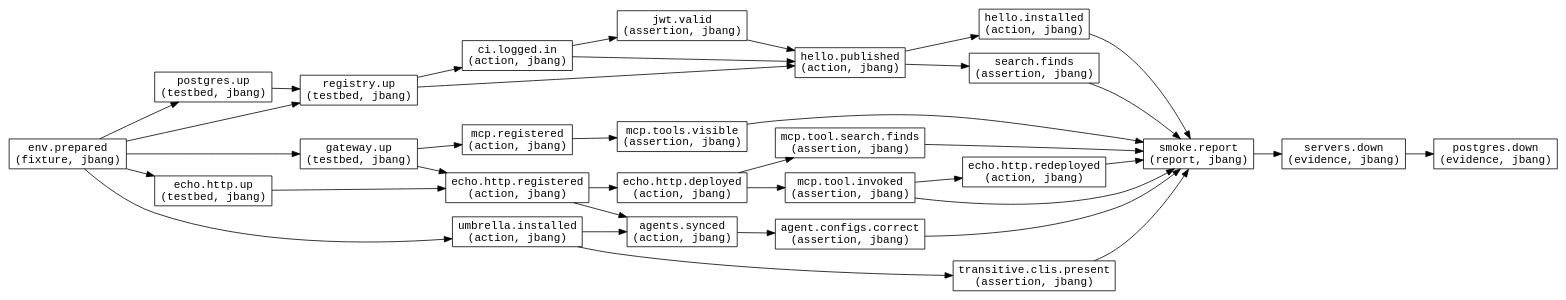
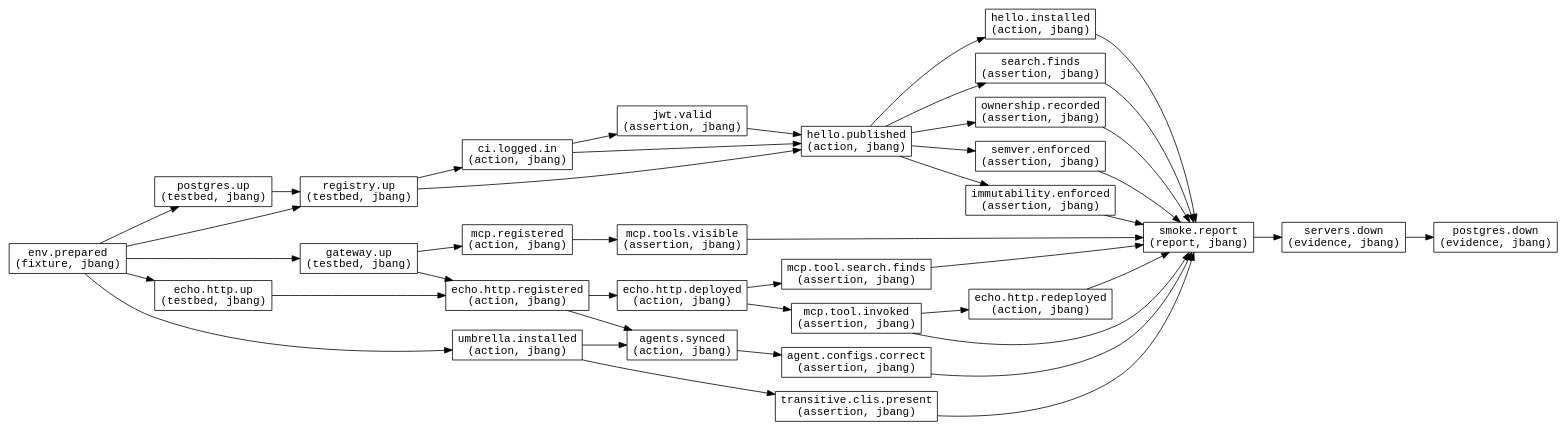
One commit to haydenrear/skill-manager changed the diagram in test_graph/docs/smoke.dot. Above: the diagram before and after it, drawn with Graphviz. The commit also changed 16 other files, not shown here.

First line of the commit message:
publish: enforce semver, immutability, and name ownership

```diff
--- a/test_graph/docs/smoke.dot
+++ b/test_graph/docs/smoke.dot
@@ -1,63 +1,72 @@
 digraph "smoke" {
   rankdir=LR;
   node [shape=box,fontname="Courier"];
   "env.prepared" [label="env.prepared\n(fixture, jbang)"];
   "postgres.up" [label="postgres.up\n(testbed, jbang)"];
   "registry.up" [label="registry.up\n(testbed, jbang)"];
   "ci.logged.in" [label="ci.logged.in\n(action, jbang)"];
   "jwt.valid" [label="jwt.valid\n(assertion, jbang)"];
   "gateway.up" [label="gateway.up\n(testbed, jbang)"];
   "echo.http.up" [label="echo.http.up\n(testbed, jbang)"];
   "hello.published" [label="hello.published\n(action, jbang)"];
   "hello.installed" [label="hello.installed\n(action, jbang)"];
   "search.finds" [label="search.finds\n(assertion, jbang)"];
+  "ownership.recorded" [label="ownership.recorded\n(assertion, jbang)"];
+  "semver.enforced" [label="semver.enforced\n(assertion, jbang)"];
+  "immutability.enforced" [label="immutability.enforced\n(assertion, jbang)"];
   "umbrella.installed" [label="umbrella.installed\n(action, jbang)"];
   "transitive.clis.present" [label="transitive.clis.present\n(assertion, jbang)"];
   "mcp.registered" [label="mcp.registered\n(action, jbang)"];
   "mcp.tools.visible" [label="mcp.tools.visible\n(assertion, jbang)"];
   "echo.http.registered" [label="echo.http.registered\n(action, jbang)"];
   "echo.http.deployed" [label="echo.http.deployed\n(action, jbang)"];
   "mcp.tool.search.finds" [label="mcp.tool.search.finds\n(assertion, jbang)"];
   "mcp.tool.invoked" [label="mcp.tool.invoked\n(assertion, jbang)"];
   "echo.http.redeployed" [label="echo.http.redeployed\n(action, jbang)"];
   "agents.synced" [label="agents.synced\n(action, jbang)"];
   "agent.configs.correct" [label="agent.configs.correct\n(assertion, jbang)"];
   "smoke.report" [label="smoke.report\n(report, jbang)"];
   "servers.down" [label="servers.down\n(evidence, jbang)"];
   "postgres.down" [label="postgres.down\n(evidence, jbang)"];
   "env.prepared" -> "postgres.up";
   "env.prepared" -> "registry.up";
   "postgres.up" -> "registry.up";
   "registry.up" -> "ci.logged.in";
   "ci.logged.in" -> "jwt.valid";
   "env.prepared" -> "gateway.up";
   "env.prepared" -> "echo.http.up";
   "registry.up" -> "hello.published";
   "ci.logged.in" -> "hello.published";
   "jwt.valid" -> "hello.published";
   "hello.published" -> "hello.installed";
   "hello.published" -> "search.finds";
+  "hello.published" -> "ownership.recorded";
+  "hello.published" -> "semver.enforced";
+  "hello.published" -> "immutability.enforced";
   "env.prepared" -> "umbrella.installed";
   "umbrella.installed" -> "transitive.clis.present";
   "gateway.up" -> "mcp.registered";
   "mcp.registered" -> "mcp.tools.visible";
   "gateway.up" -> "echo.http.registered";
   "echo.http.up" -> "echo.http.registered";
   "echo.http.registered" -> "echo.http.deployed";
   "echo.http.deployed" -> "mcp.tool.search.finds";
   "echo.http.deployed" -> "mcp.tool.invoked";
   "mcp.tool.invoked" -> "echo.http.redeployed";
   "umbrella.installed" -> "agents.synced";
   "echo.http.registered" -> "agents.synced";
   "agents.synced" -> "agent.configs.correct";
   "transitive.clis.present" -> "smoke.report";
   "mcp.tool.search.finds" -> "smoke.report";
   "mcp.tool.invoked" -> "smoke.report";
   "echo.http.redeployed" -> "smoke.report";
   "agent.configs.correct" -> "smoke.report";
   "search.finds" -> "smoke.report";
   "mcp.tools.visible" -> "smoke.report";
   "hello.installed" -> "smoke.report";
+  "ownership.recorded" -> "smoke.report";
+  "semver.enforced" -> "smoke.report";
+  "immutability.enforced" -> "smoke.report";
   "smoke.report" -> "servers.down";
   "servers.down" -> "postgres.down";
 }
```
